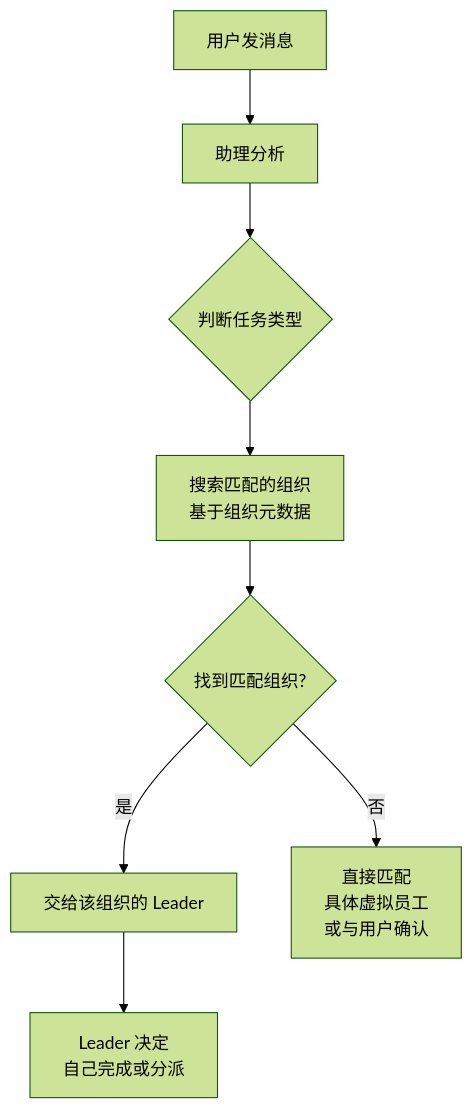
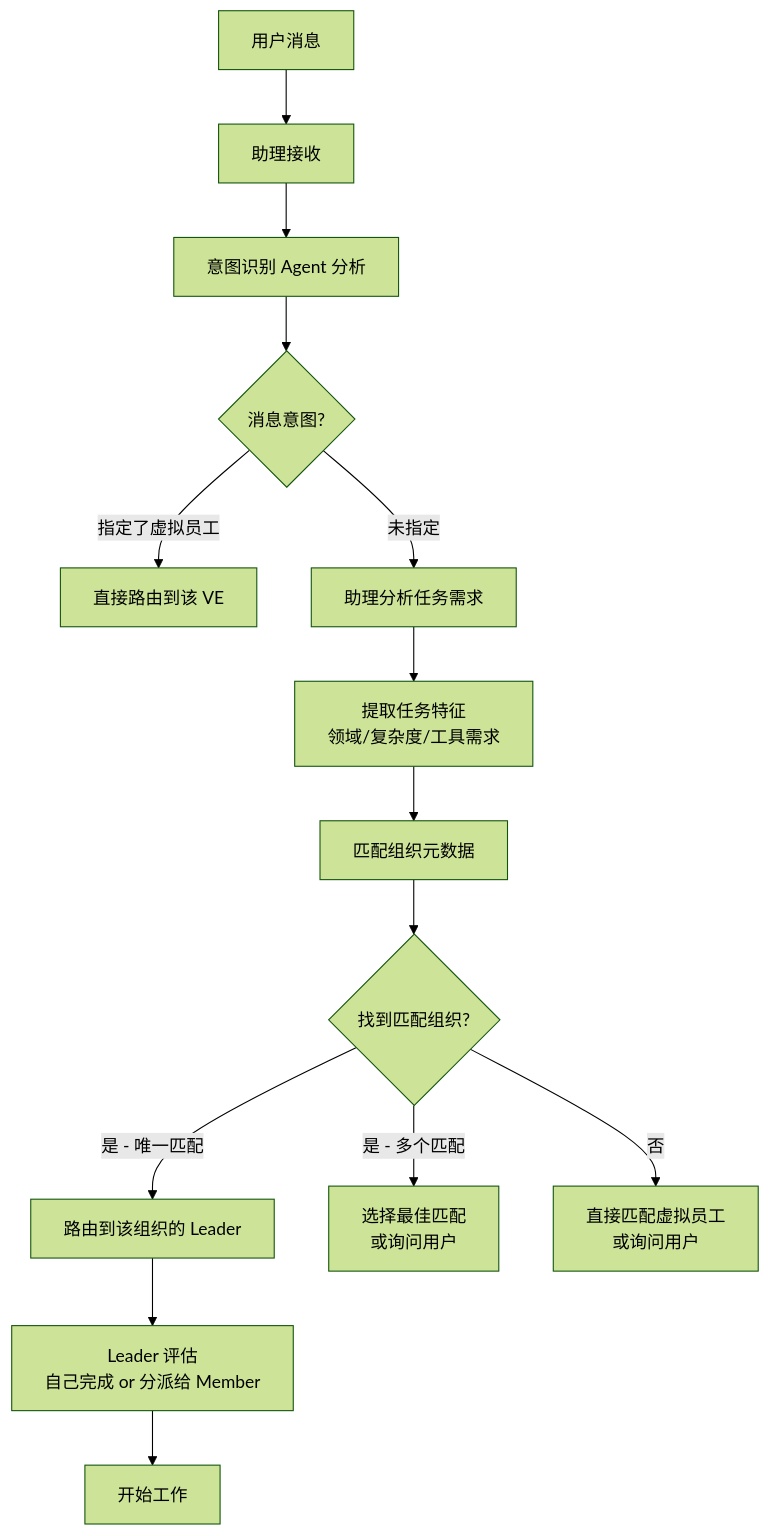
One commit to chongyi/virtual-team-architecture changed the second of 2 diagrams in virtual-team/src/10-tenant-and-org-model.md. Above: the diagram before and after it, drawn with Mermaid (forest theme). The commit also changed other lines of this file and 20 other files, not shown here.

````diff
--- a/virtual-team/src/10-tenant-and-org-model.md
+++ b/virtual-team/src/10-tenant-and-org-model.md
@@ -73,10 +180,20 @@
 ```mermaid
 flowchart TD
-    A[用户发消息] --> B[助理分析]
-    B --> C{判断任务类型}
-    C --> D[搜索匹配的组织<br/>基于组织元数据]
-    D --> E{找到匹配组织?}
-    E -->|是| F[交给该组织的 Leader]
-    F --> G[Leader 决定<br/>自己完成或分派]
-    E -->|否| H[直接匹配<br/>具体虚拟员工<br/>或与用户确认]
+    A[用户消息] --> B[助理接收]
+    B --> C[意图识别 Agent 分析]
+    C --> D{消息意图?}
+
+    D -->|指定了虚拟员工| E[直接路由到该 VE]
+    D -->|未指定| F[助理分析任务需求]
+
+    F --> G[提取任务特征<br/>领域/复杂度/工具需求]
+    G --> H[匹配组织元数据]
+    H --> I{找到匹配组织?}
+
+    I -->|是 - 唯一匹配| J[路由到该组织的 Leader]
+    I -->|是 - 多个匹配| K[选择最佳匹配<br/>或询问用户]
+    I -->|否| L[直接匹配虚拟员工<br/>或询问用户]
+
+    J --> M[Leader 评估<br/>自己完成 or 分派给 Member]
+    M --> N[开始工作]
 ```
````
